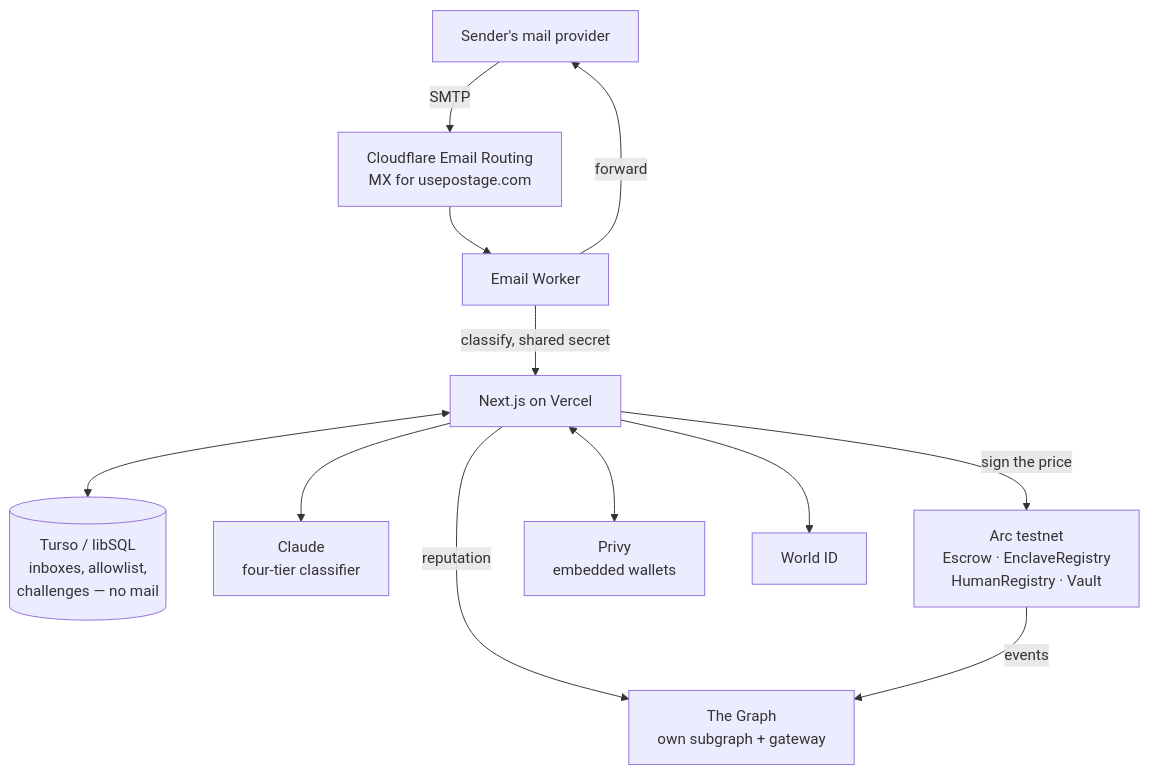
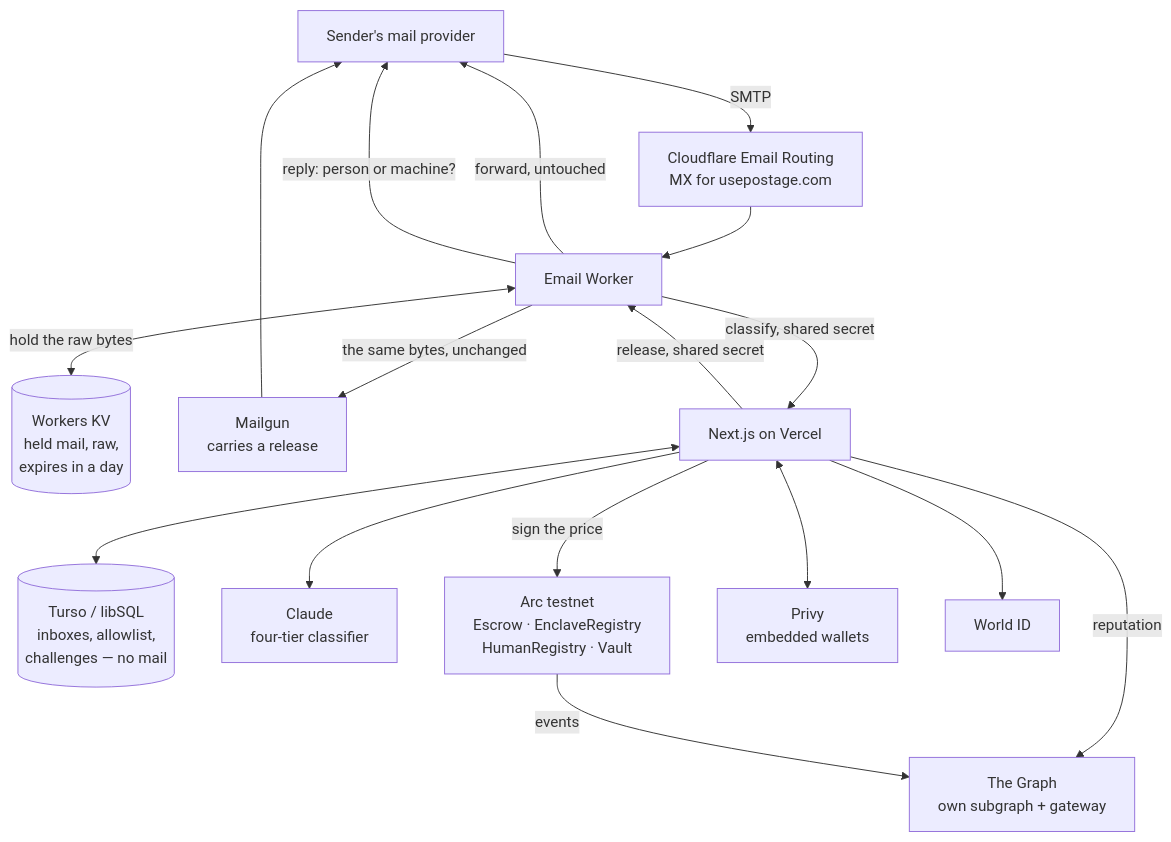
One commit to Matgothmog/postage changed the diagram in ARCHITECTURE.md. Above: the diagram before and after it, drawn with Mermaid. The commit also changed other lines of this file and 30 other files, not shown here.

````diff
--- a/ARCHITECTURE.md
+++ b/ARCHITECTURE.md
@@ -14,24 +14,30 @@
 ```mermaid
 flowchart TB
     S["Sender's mail provider"]
     CF["Cloudflare Email Routing<br/>MX for usepostage.com"]
     W["Email Worker"]
+    R[("Workers KV<br/>held mail, raw,<br/>expires in a day")]
+    M["Mailgun<br/>carries a release"]
     V["Next.js on Vercel"]
     T[("Turso / libSQL<br/>inboxes, allowlist,<br/>challenges — no mail")]
     C["Claude<br/>four-tier classifier"]
     A["Arc testnet<br/>Escrow · EnclaveRegistry<br/>HumanRegistry · Vault"]
     G["The Graph<br/>own subgraph + gateway"]
     P["Privy<br/>embedded wallets"]
     WO["World ID"]
 
     S -->|SMTP| CF --> W
     W -->|"classify, shared secret"| V
-    W -->|"forward"| S
+    W -->|"forward, untouched"| S
+    W <-->|"hold the raw bytes"| R
+    W -->|"reply: person or machine?"| S
+    V -->|"release, shared secret"| W
+    W -->|"the same bytes, unchanged"| M --> S
     V --> C
     V <--> T
     V -->|"sign the price"| A
     V -->|"reputation"| G
     A -->|"events"| G
     V <--> P
     V --> WO
 ```
````
